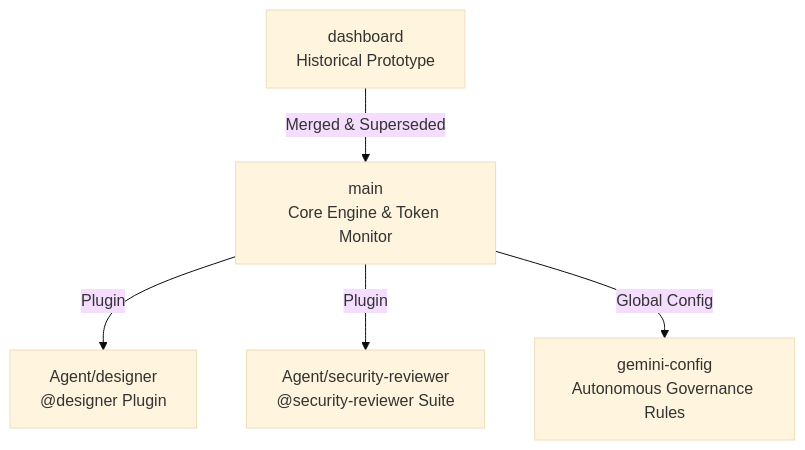
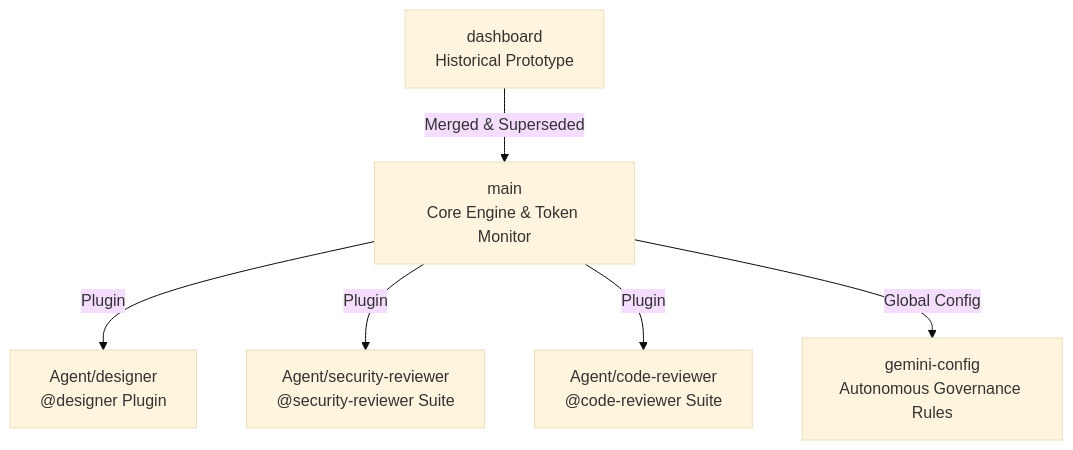
Before and after one commit to myk1yt/agy-tools: the second of 2 diagrams in README.md, drawn with Mermaid (base theme). The commit also changed other lines of this file and 1 other file, not shown here.

Commit message:
docs: sync ecosystem catalog with Agent/code-reviewer suite

````diff
--- a/README.md
+++ b/README.md
@@ -75,13 +75,15 @@
 ```mermaid
 flowchart TD
     Core["main\nCore Engine & Token Monitor"]
     Des["Agent/designer\n@designer Plugin"]
     Sec["Agent/security-reviewer\n@security-reviewer Suite"]
+    CodeRev["Agent/code-reviewer\n@code-reviewer Suite"]
     Gov["gemini-config\nAutonomous Governance Rules"]
     Dash["dashboard\nHistorical Prototype"]
     
     Core -->|Plugin| Des
     Core -->|Plugin| Sec
+    Core -->|Plugin| CodeRev
     Core -->|Global Config| Gov
     Dash -->|Merged & Superseded| Core
 ```
````
